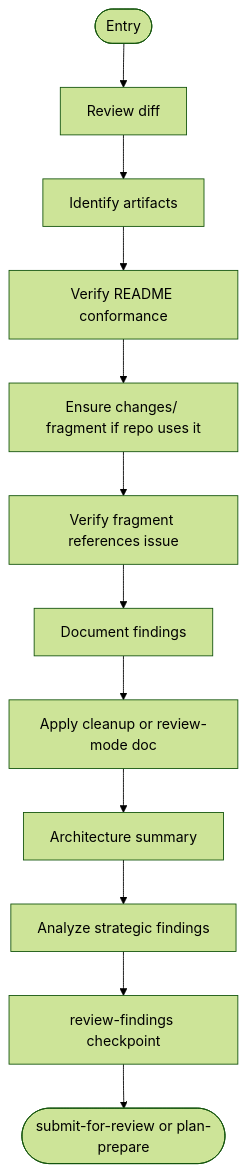
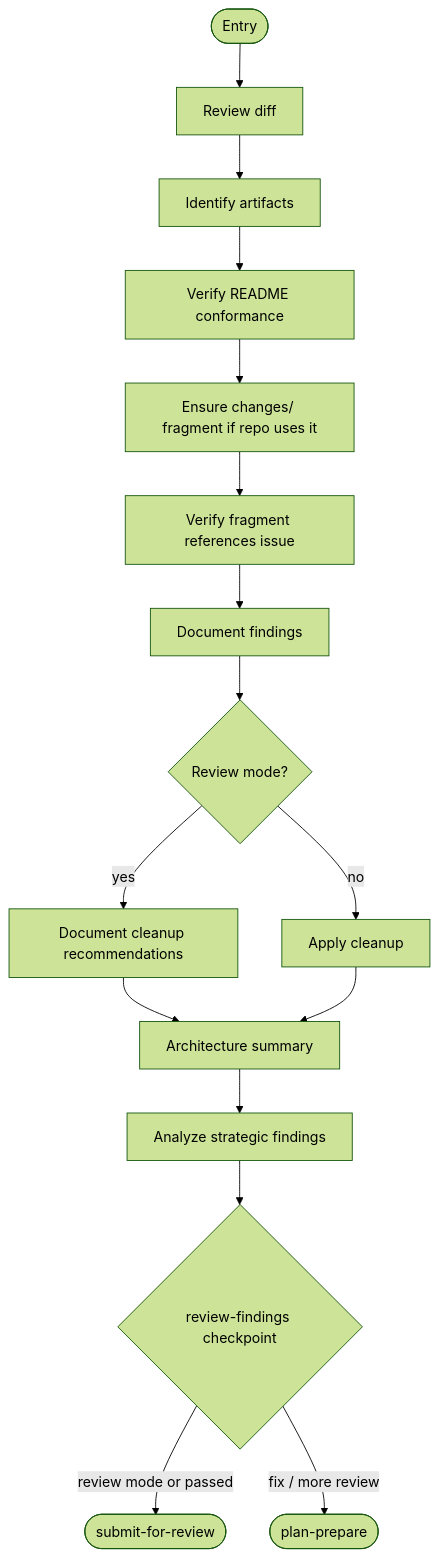
One commit to m2ux/workflow-server changed diagram 11 of 14 in work-package/activities/README.md. Above: the diagram before and after it, drawn with Mermaid (forest theme). The commit also changed other lines of this file and 48 other files, not shown here.

````diff
--- a/work-package/activities/README.md
+++ b/work-package/activities/README.md
@@ -757,14 +739,18 @@
 ```mermaid
 graph TD
     entryNode(["Entry"]) --> diffReview["Review diff"]
     diffReview --> identifyArtifacts["Identify artifacts"]
     identifyArtifacts --> verifyReadme["Verify README conformance"]
     verifyReadme --> changesFrag["Ensure changes/ fragment if repo uses it"]
     changesFrag --> verifyFragment["Verify fragment references issue"]
     verifyFragment --> documentFindings["Document findings"]
-    documentFindings --> applyCleanup["Apply cleanup or review-mode doc"]
+    documentFindings --> cleanupBranch{"Review mode?"}
+    cleanupBranch -->|"yes"| docCleanup["Document cleanup recommendations"]
+    cleanupBranch -->|"no"| applyCleanup["Apply cleanup"]
+    docCleanup --> createArchSummary
     applyCleanup --> createArchSummary["Architecture summary"]
     createArchSummary --> analyze["Analyze strategic findings"]
-    analyze --> cpFindings["review-findings checkpoint"]
-    cpFindings --> exitSubmit(["submit-for-review or plan-prepare"])
+    analyze --> cpFindings{"review-findings checkpoint"}
+    cpFindings -->|"review mode or passed"| exitSubmit(["submit-for-review"])
+    cpFindings -->|"fix / more review"| exitPlan(["plan-prepare"])
 ```
````
